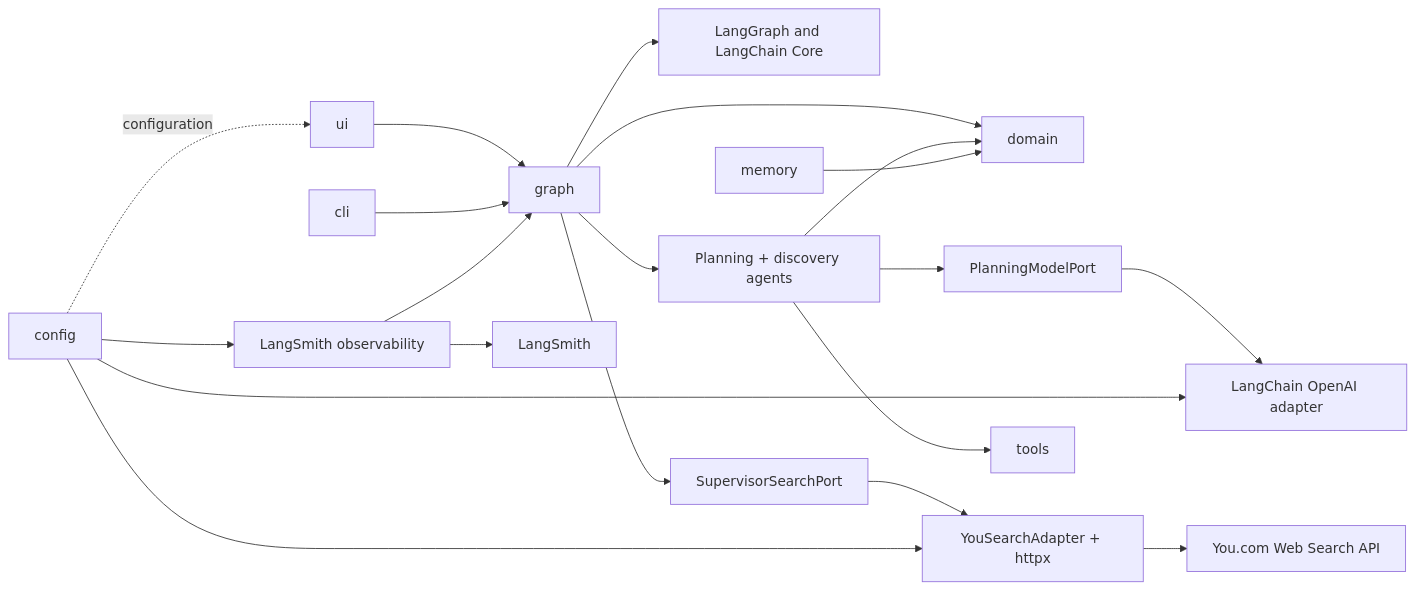
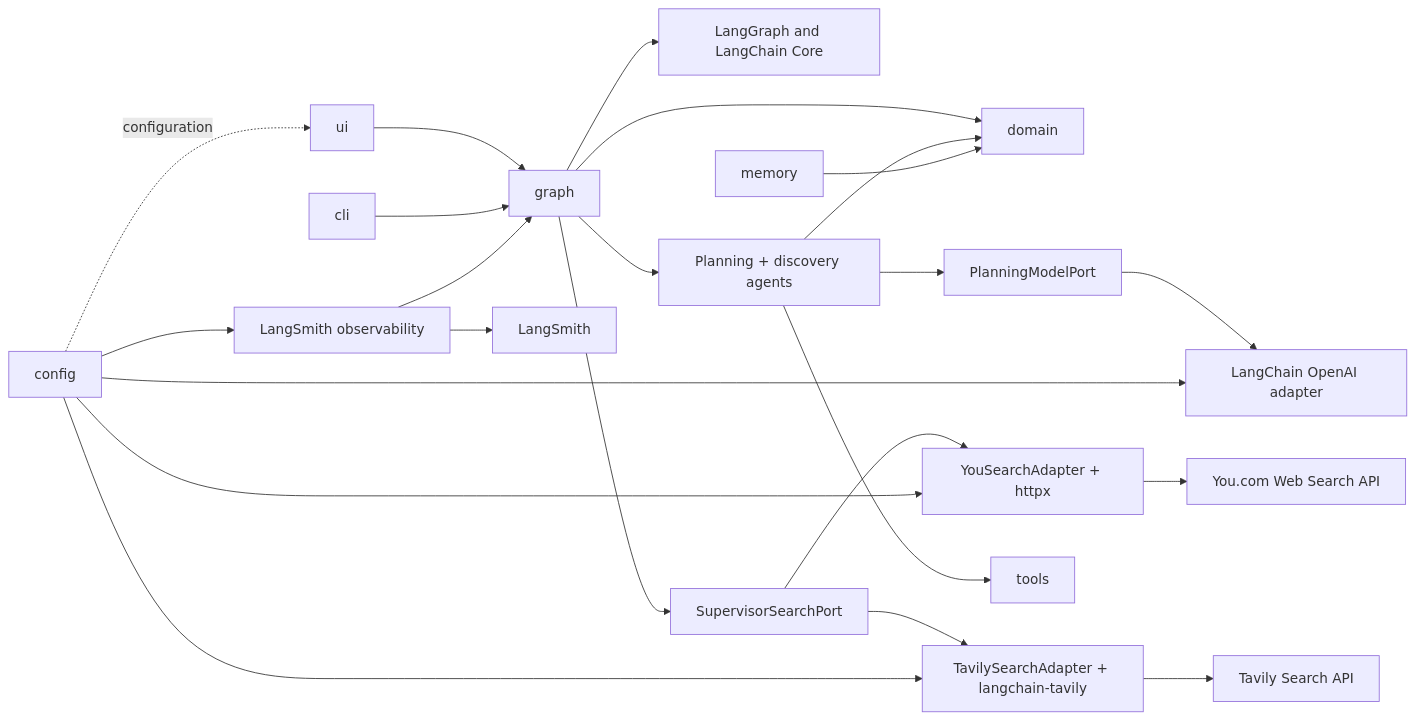
One commit to shanly-rajan/ai-builder changed diagram 13 of 14 in projects/scholar-path/docs/architecture.md. Above: the diagram before and after it, drawn with Mermaid. The commit also changed other lines of this file and 35 other files, not shown here.

````diff
--- a/projects/scholar-path/docs/architecture.md
+++ b/projects/scholar-path/docs/architecture.md
@@ -367,22 +419,25 @@
 ```mermaid
 flowchart LR
     UI[ui] --> GRAPH[graph]
     CLI[cli] --> GRAPH
     GRAPH --> LANGGRAPH[LangGraph and LangChain Core]
     GRAPH --> DOMAIN[domain]
     GRAPH --> AGENTS[Planning + discovery agents]
     AGENTS --> MODELPORT[PlanningModelPort]
     MODELPORT --> OPENAI[LangChain OpenAI adapter]
     GRAPH --> SEARCHPORT[SupervisorSearchPort]
     SEARCHPORT --> YOU[YouSearchAdapter + httpx]
     YOU --> YDC[You.com Web Search API]
+    SEARCHPORT --> TAVILY[TavilySearchAdapter + langchain-tavily]
+    TAVILY --> TAVAPI[Tavily Search API]
     AGENTS --> DOMAIN
     AGENTS --> TOOLS[tools]
     MEMORY[memory] --> DOMAIN
     OBS[LangSmith observability] --> GRAPH
     OBS --> LANGSMITH[LangSmith]
     CONFIG[config] -. configuration .-> UI
     CONFIG --> OPENAI
     CONFIG --> YOU
+    CONFIG --> TAVILY
     CONFIG --> OBS
 ```
````
